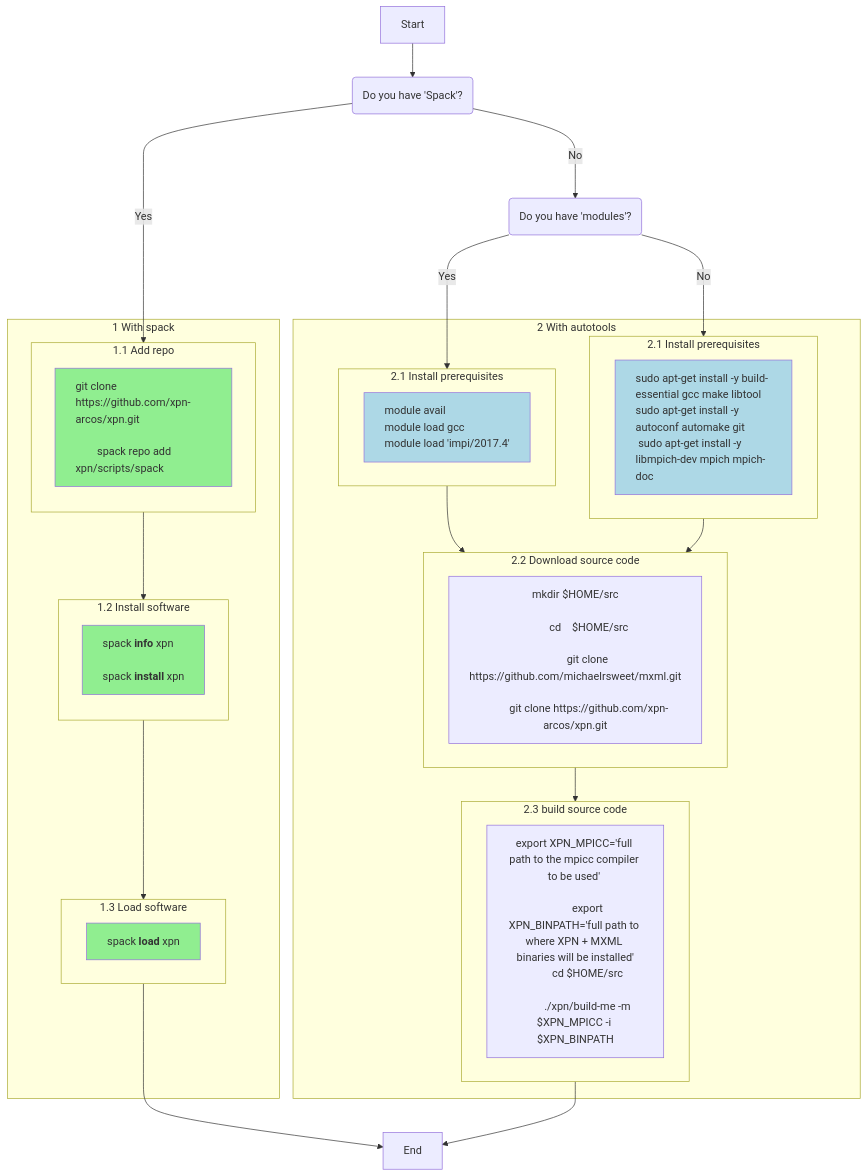
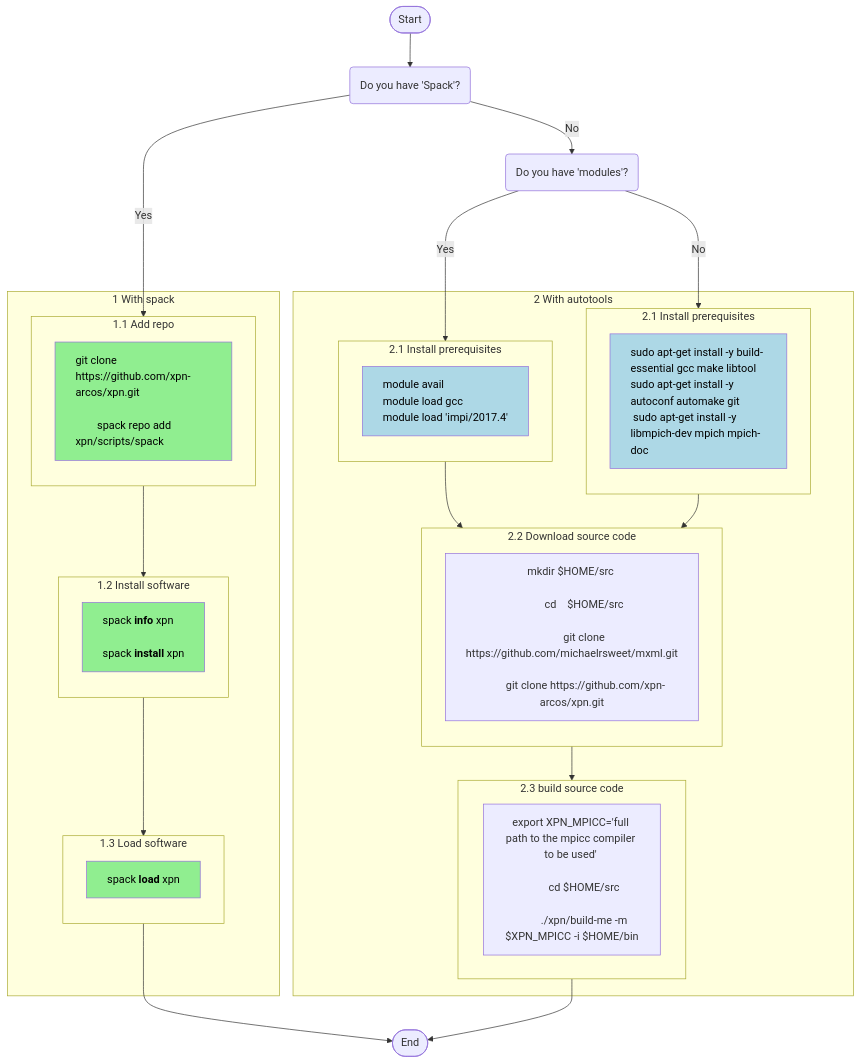
One commit to xpn-arcos/xpn changed the first of 4 diagrams in README.md. Above: the diagram before and after it, drawn with Mermaid. The commit also changed other lines of this file, not shown here.

````diff
--- a/README.md
+++ b/README.md
@@ -23,63 +23,64 @@
   ```mermaid
+  %% {init: {"flowchart": {"defaultRenderer": "elk"}} }%%
   flowchart TD
-    A[Start] --> B("Do you have 'Spack'?")
+    A([Start]) --> B("Do you have 'Spack'?")
     B -- Yes --> ide11
-    B -- No ---> Y1("Do you have 'modules'?")
+    B -- No --> Y1("Do you have 'modules'?")
 
+    %% (1) with spack
     subgraph ide1 [1 With spack]
     subgraph ide11 [1.1 Add repo]
        direction TB
        X1["git clone https://github.com/xpn-arcos/xpn.git </br>
           spack repo add xpn/scripts/spack"]
     end
     subgraph ide12 [1.2 Install software]
        direction TB
        X2["`spack **info** xpn &nbsp;&nbsp;</br>
          spack **install** xpn`"]
     end
     subgraph ide13 [1.3 Load software]
-       direction LR
+       direction TB
        X3["`spack **load** xpn`"]
     end
-    classDef lt text-align:left,fill:lightgreen;
+    classDef lt text-align:left,fill:lightgreen,color:black; 
     class X1,X2,X3 lt;
     ide11 --> ide12
     ide12 --> ide13
     end
-    ide13 --> I[End]
+    ide13 --> I([End])
 
-    Y1-- Yes ---> ide21a
+    Y1-- Yes --> ide21a
     Y1-- No ---> ide21b
     subgraph ide2 [2 With autotools]
     subgraph ide21a [2.1 Install prerequisites]
-       direction LR
+       direction TB
        Y1A["module avail <br> module load gcc<br> module load 'impi/2017.4'"]
     end
     subgraph ide21b [2.1 Install prerequisites]
-       direction LR
+       direction TB
        Y1B["sudo apt-get install -y build-essential gcc make libtool<br>sudo apt-get install -y autoconf automake git<br> sudo apt-get install -y libmpich-dev mpich mpich-doc"]
     end
     subgraph ide22 [2.2 Download source code]
-       direction LR
-       Y2B["mkdir $HOME/src<br>
-            cd    $HOME/src<br>
+       direction TB
+       Y2B["mkdir $HOME/src </br>
+            cd    $HOME/src </br>
             git clone https://github.com/michaelrsweet/mxml.git<br>
             git clone https://github.com/xpn-arcos/xpn.git"]
     end
     subgraph ide23 ["2.3 build source code"]
        direction LR
        Y3B["export XPN_MPICC='full path to the mpicc compiler to be used' <br>
-            export XPN_BINPATH='full path to where XPN + MXML binaries will be installed'
             cd $HOME/src <br>
-            ./xpn/build-me -m $XPN_MPICC -i $XPN_BINPATH"]
+            ./xpn/build-me -m $XPN_MPICC -i $HOME/bin"]
     end
     ide21a --> ide22
     ide21b --> ide22
     ide22 --> ide23
 
-    classDef lt2 text-align:left,fill:lightblue;
+    classDef lt2 text-align:left,fill:lightblue,color:black;
     class Y1A,Y1B lt2;
     end
 
-    Y3B --> I[End]
+    Y3B --> I([End])
   ```
````
